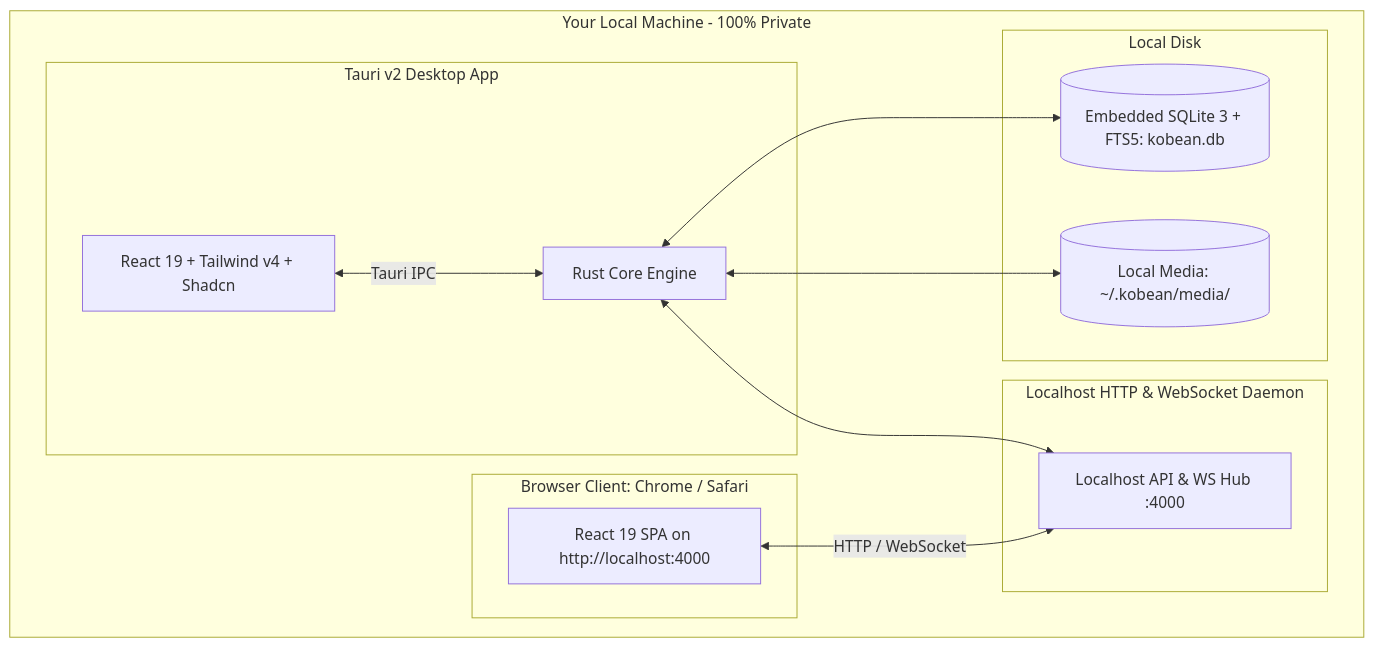
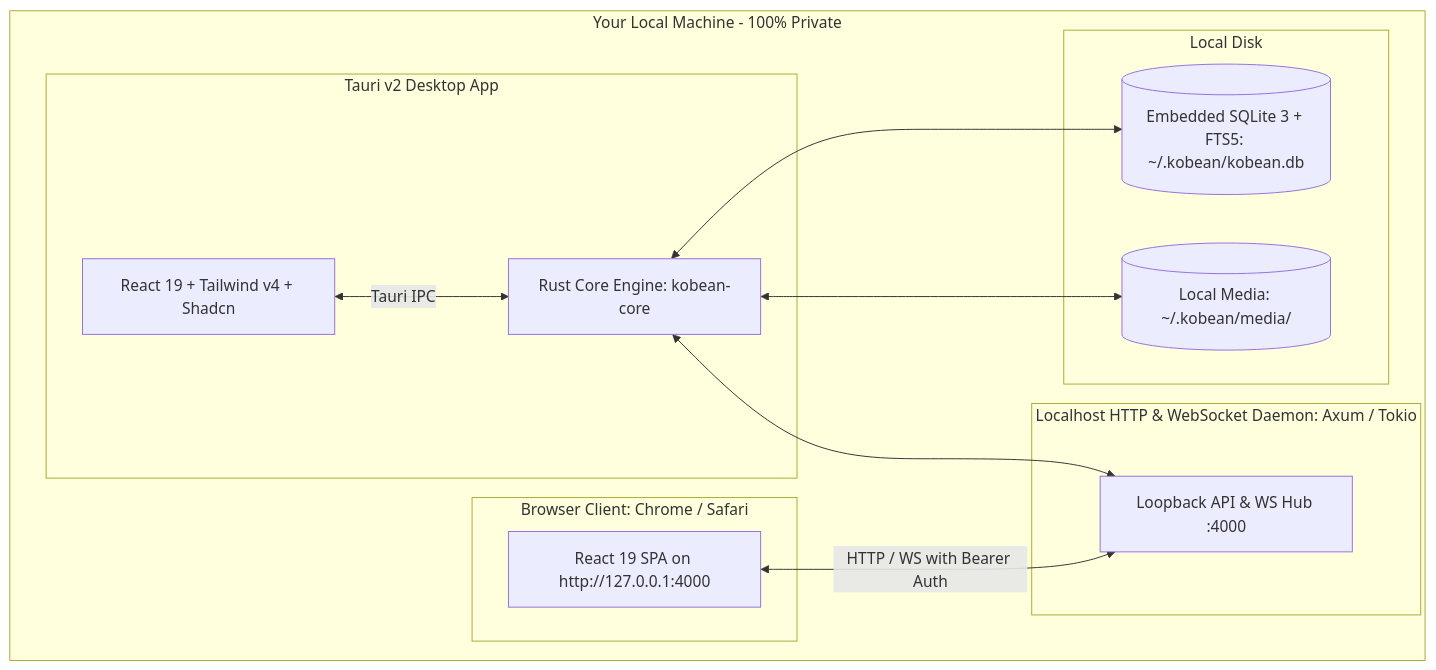
One commit to kobenguyent/KobeanTest changed the diagram in docs/architecture/system-overview.md. Above: the diagram before and after it, drawn with Mermaid. The commit also changed other lines of this file and 11 other files, not shown here.

Commit message:
fix(architecture): resolve P1/P2 gaps across schema immutability, backup API, security, contrast, and quality gates

````diff
--- a/docs/architecture/system-overview.md
+++ b/docs/architecture/system-overview.md
@@ -7,27 +7,27 @@
 ```mermaid
 graph TB
     subgraph LocalMachine [Your Local Machine - 100% Private]
         subgraph DesktopShell [Tauri v2 Desktop App]
             DesktopUI[React 19 + Tailwind v4 + Shadcn]
-            RustCore[Rust Core Engine]
+            RustCore[Rust Core Engine: kobean-core]
             DesktopUI <-->|Tauri IPC| RustCore
         end
 
         subgraph LocalWeb [Browser Client: Chrome / Safari]
-            WebUI[React 19 SPA on http://localhost:4000]
+            WebUI[React 19 SPA on http://127.0.0.1:4000]
         end
 
-        subgraph LocalDaemon [Localhost HTTP & WebSocket Daemon]
-            HTTPDaemon[Localhost API & WS Hub :4000]
+        subgraph LocalDaemon [Localhost HTTP & WebSocket Daemon: Axum / Tokio]
+            HTTPDaemon[Loopback API & WS Hub :4000]
             RustCore <--> HTTPDaemon
-            WebUI <-->|HTTP / WebSocket| HTTPDaemon
+            WebUI <-->|HTTP / WS with Bearer Auth| HTTPDaemon
         end
 
         subgraph LocalStorage [Local Disk]
-            SQLite[(Embedded SQLite 3 + FTS5: kobean.db)]
+            SQLite[(Embedded SQLite 3 + FTS5: ~/.kobean/kobean.db)]
             MediaDir[(Local Media: ~/.kobean/media/)]
             RustCore <--> SQLite
             RustCore <--> MediaDir
         end
     end
 ```
````
